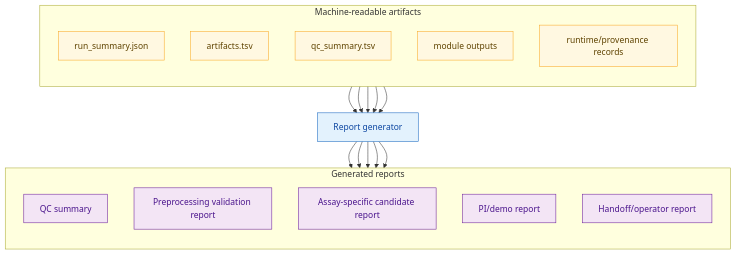
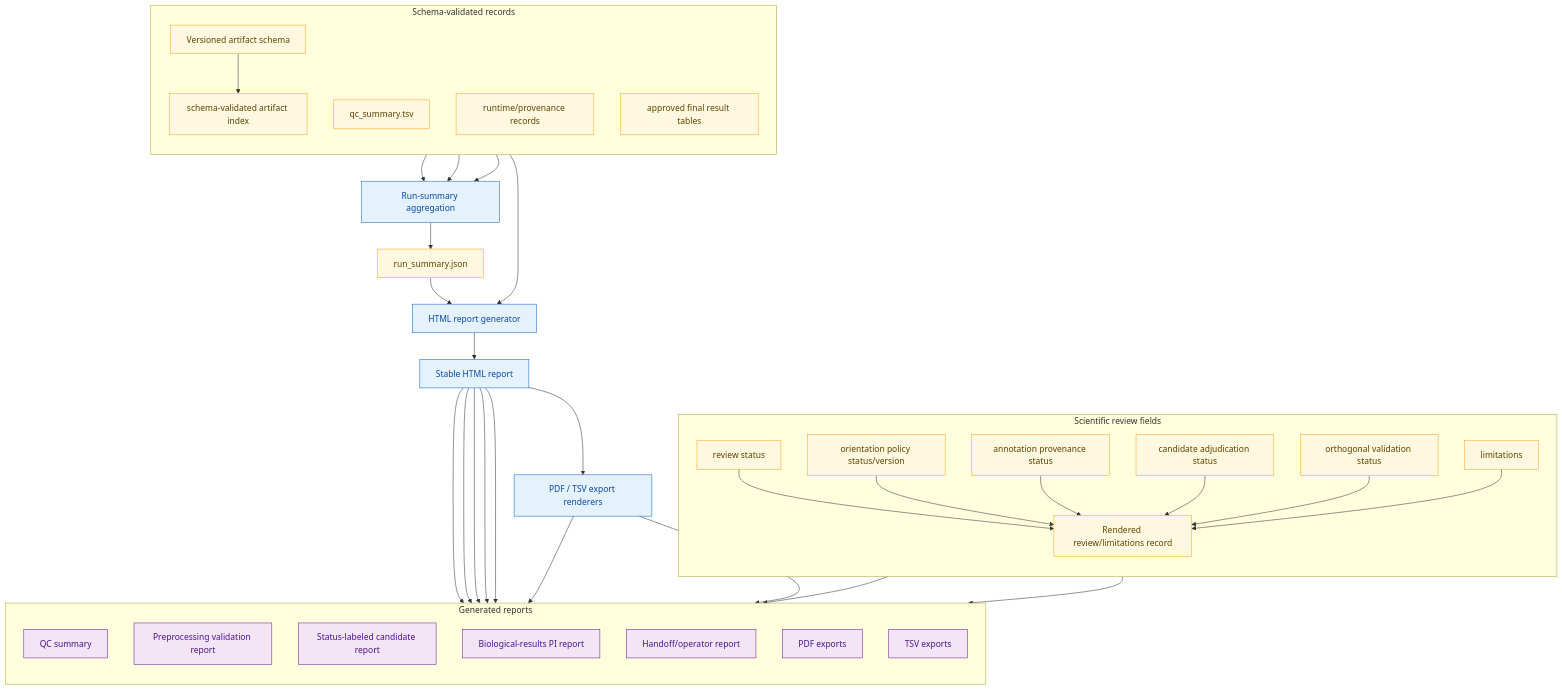
Before and after one commit to lab-cats/EMRYS: the diagram in docs/architecture/diagrams/future_reporting_layer.mmd, drawn with Mermaid. The commit also changed 18 other files, not shown here.

Commit message:
step 09a roadmap docpatch

```diff
--- a/docs/architecture/diagrams/future_reporting_layer.mmd
+++ b/docs/architecture/diagrams/future_reporting_layer.mmd
@@ -1,39 +1,70 @@
 flowchart TD
     classDef future fill:#e3f2fd,stroke:#1565c0,color:#0d47a1
     classDef contract fill:#fff8e1,stroke:#f9a825,color:#5f4300
     classDef reporting fill:#f3e5f5,stroke:#6a1b9a,color:#4a148c
 
-    subgraph inputs["Machine-readable artifacts"]
+    subgraph inputs["Schema-validated records"]
         direction TB
-        run_summary["run_summary.json"]
-        artifacts_tsv["artifacts.tsv"]
+        schema["Versioned artifact schema"]
+        artifacts_tsv["schema-validated artifact index"]
         qc_summary["qc_summary.tsv"]
-        module_outputs["module outputs"]
         provenance["runtime/provenance records"]
+        final_tables["approved final result tables"]
     end
 
-    generator["Report generator"]
+    aggregate["Run-summary aggregation"]
+    run_summary["run_summary.json"]
+    generator["HTML report generator"]
+    html["Stable HTML report"]
+    exports["PDF / TSV export renderers"]
+
+    subgraph review["Scientific review fields"]
+        direction TB
+        review_status["review status"]
+        orientation_status["orientation policy status/version"]
+        annotation_status["annotation provenance status"]
+        adjudication_status["candidate adjudication status"]
+        orthogonal_status["orthogonal validation status"]
+        limitations["limitations"]
+        review_record["Rendered review/limitations record"]
+    end
 
     subgraph outputs["Generated reports"]
         direction TB
         qc_report["QC summary"]
         validation_report["Preprocessing validation report"]
-        candidate_report["Assay-specific candidate report"]
-        pi_report["PI/demo report"]
+        candidate_report["Status-labeled candidate report"]
+        pi_report["Biological-results PI report"]
         handoff_report["Handoff/operator report"]
+        pdf_output["PDF exports"]
+        tsv_output["TSV exports"]
     end
 
+    schema --> artifacts_tsv
+    artifacts_tsv --> aggregate
+    qc_summary --> aggregate
+    provenance --> aggregate
+    aggregate --> run_summary
     run_summary --> generator
-    artifacts_tsv --> generator
-    qc_summary --> generator
-    module_outputs --> generator
-    provenance --> generator
-    generator --> qc_report
-    generator --> validation_report
-    generator --> candidate_report
-    generator --> pi_report
-    generator --> handoff_report
+    final_tables --> generator
+    generator --> html
+    html --> qc_report
+    html --> validation_report
+    html --> handoff_report
+    html --> candidate_report
+    html --> pi_report
+    html --> exports
+    exports --> pdf_output
+    exports --> tsv_output
+    review_status --> review_record
+    orientation_status --> review_record
+    annotation_status --> review_record
+    adjudication_status --> review_record
+    orthogonal_status --> review_record
+    limitations --> review_record
+    review_record --> candidate_report
+    review_record --> pi_report
 
-    class run_summary,artifacts_tsv,qc_summary,module_outputs,provenance contract
-    class generator future
-    class qc_report,validation_report,candidate_report,pi_report,handoff_report reporting
+    class schema,run_summary,artifacts_tsv,qc_summary,provenance,final_tables,review_status,orientation_status,annotation_status,adjudication_status,orthogonal_status,limitations,review_record contract
+    class aggregate,generator,html,exports future
+    class qc_report,validation_report,candidate_report,pi_report,handoff_report,pdf_output,tsv_output reporting
```
